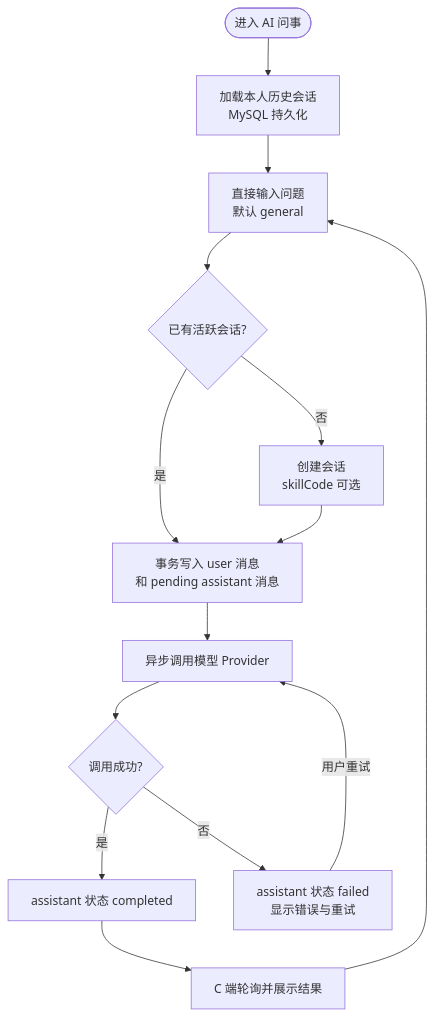
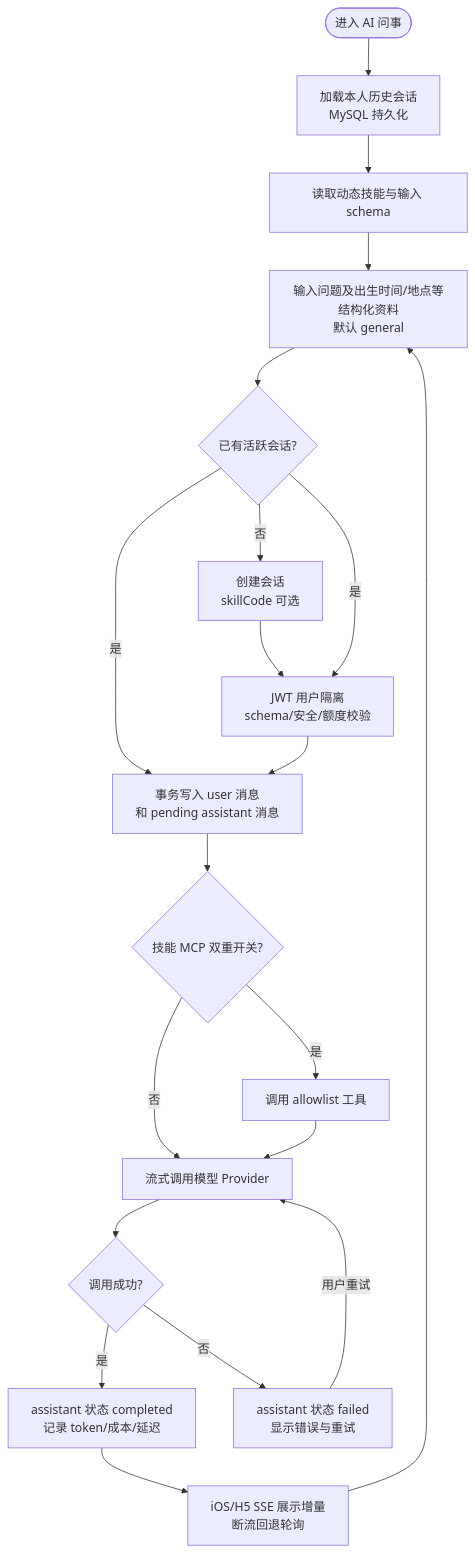
Diagram 11 of 13 in docs/architecture/业务流程.md (askxuan-dongfang/askxuan-docs), drawn with Mermaid before and after one commit. The commit also changed 6 other files, not shown here.

````diff
--- a/docs/architecture/业务流程.md
+++ b/docs/architecture/业务流程.md
@@ -419,16 +419,22 @@
 ```mermaid
 flowchart TD
     Start([进入 AI 问事]) --> History[加载本人历史会话<br/>MySQL 持久化]
-    History --> Input[直接输入问题<br/>默认 general]
+    History --> Skills[读取动态技能与输入 schema]
+    Skills --> Input[输入问题及出生时间/地点等结构化资料<br/>默认 general]
     Input --> Session{已有活跃会话?}
     Session -->|否| Create[创建会话<br/>skillCode 可选]
     Session -->|是| Save
-    Create --> Save[事务写入 user 消息<br/>和 pending assistant 消息]
-    Save --> Provider[异步调用模型 Provider]
+    Create --> Guard[JWT 用户隔离<br/>schema/安全/额度校验]
+    Session -->|是| Guard
+    Guard --> Save[事务写入 user 消息<br/>和 pending assistant 消息]
+    Save --> Tool{技能 MCP 双重开关?}
+    Tool -->|是| MCP[调用 allowlist 工具]
+    Tool -->|否| Provider[流式调用模型 Provider]
+    MCP --> Provider
     Provider --> Result{调用成功?}
-    Result -->|是| Done[assistant 状态 completed]
+    Result -->|是| Done[assistant 状态 completed<br/>记录 token/成本/延迟]
     Result -->|否| Failed[assistant 状态 failed<br/>显示错误与重试]
     Failed -->|用户重试| Provider
-    Done --> Poll[C 端轮询并展示结果]
-    Poll --> Input
+    Done --> Stream[iOS/H5 SSE 展示增量<br/>断流回退轮询]
+    Stream --> Input
 ```
````
